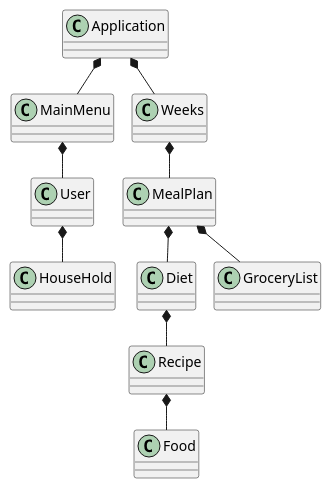
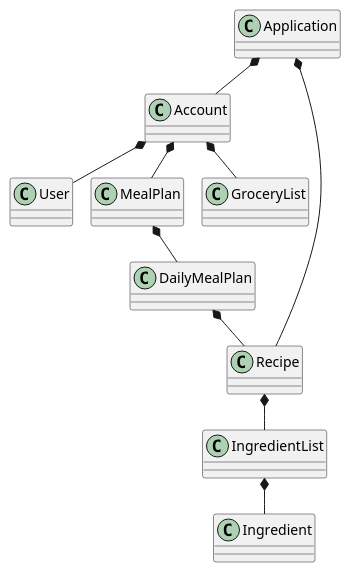
One commit to lassekh/ICE changed the diagram in Documents/Domain Model.puml. Above: the diagram before and after it, drawn with PlantUML. The commit also changed 2 other files, not shown here.

Commit message:
Updated Class Diagram + Domain Model

```diff
--- a/Documents/Domain Model.puml
+++ b/Documents/Domain Model.puml
@@ -1,29 +1,25 @@
 @startuml
 'https://plantuml.com/class-diagram
 !pragma layout smetana
 
 class Application
+class Account
+class IngredientList
+class Ingredient
 class User
-class Food
-class HouseHold
-class Diet
-class MainMenu
 class MealPlan
-'class Family
-'class Database
+class DailyMealPlan
 class Recipe
-class Weeks
-'class Recommendation
 class GroceryList
 
-Application *-- MainMenu
-MainMenu *-- User
-User *-- HouseHold
-Recipe *-- Food
-MealPlan *-- Diet
-Diet *-- Recipe
-Weeks *-- MealPlan
-Application *-- Weeks
-MealPlan *-- GroceryList
+Application *-- Account
+Application *-- Recipe
+Account *-- MealPlan
+MealPlan *-- DailyMealPlan
+DailyMealPlan *-- Recipe
+Recipe *-- IngredientList
+IngredientList *-- Ingredient
+Account *-- GroceryList
+Account *-- User
 
 @enduml
```
